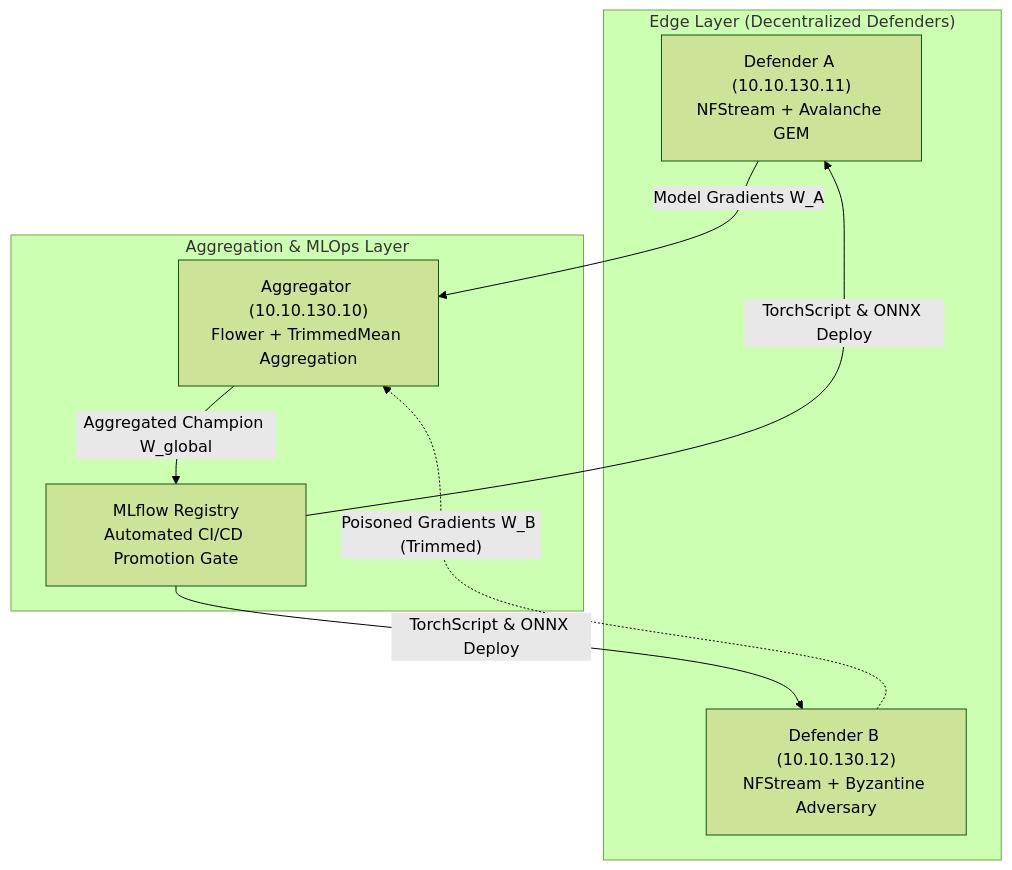
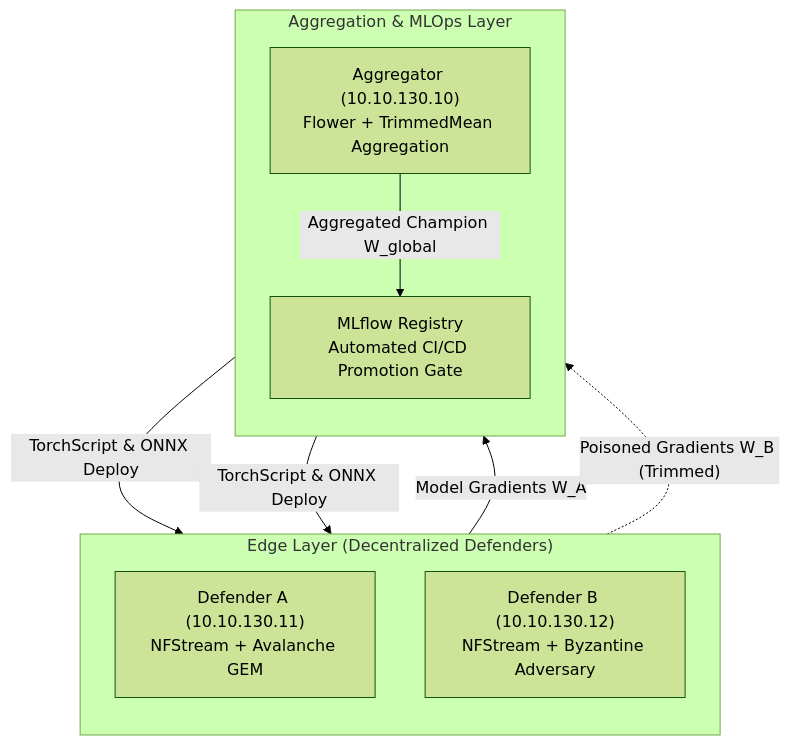
Before and after one commit to rhaffle87/fl-cl: the diagram in docs/paper/manuscript.md, drawn with Mermaid (forest theme). The commit also changed other lines of this file and 30 other files, not shown here.

Commit message:
feat: implement multi-architecture threat classification models and expand project documentation infrastructure

````diff
--- a/docs/paper/manuscript.md
+++ b/docs/paper/manuscript.md
@@ -37,18 +39,20 @@
 ```mermaid
-graph TD
- subgraph "Edge Layer (Decentralized Defenders)"
- DA["Defender A (10.10.130.11)<br/>NFStream + Avalanche GEM"]
- DB["Defender B (10.10.130.12)<br/>NFStream + Byzantine Adversary"]
- end
+flowchart TD
+    subgraph Edge ["Edge Layer (Decentralized Defenders)"]
+        direction TB
+        DA["Defender A (10.10.130.11)<br/>NFStream + Avalanche GEM"]
+        DB["Defender B (10.10.130.12)<br/>NFStream + Byzantine Adversary"]
+    end
 
- subgraph "Aggregation & MLOps Layer"
- AG["Aggregator (10.10.130.10)<br/>Flower + TrimmedMean Aggregation"]
- ML["MLflow Registry<br/>Automated CI/CD Promotion Gate"]
- end
+    subgraph Aggregation ["Aggregation & MLOps Layer"]
+        direction TB
+        AG["Aggregator (10.10.130.10)<br/>Flower + TrimmedMean Aggregation"]
+        ML["MLflow Registry<br/>Automated CI/CD Promotion Gate"]
+    end
 
- DA -->|"Model Gradients W_A"| AG
- DB -.->|"Poisoned Gradients W_B (Trimmed)"| AG
- AG -->|"Aggregated Champion W_global"| ML
- ML -->|"TorchScript & ONNX Deploy"| DA
- ML -->|"TorchScript & ONNX Deploy"| DB
+    DA -->|"Model Gradients W_A"| AG
+    DB -.->|"Poisoned Gradients W_B (Trimmed)"| AG
+    AG -->|"Aggregated Champion W_global"| ML
+    ML -->|"TorchScript & ONNX Deploy"| DA
+    ML -->|"TorchScript & ONNX Deploy"| DB
 ```
````
